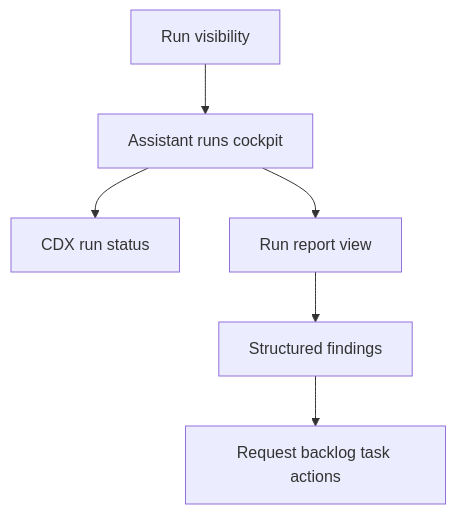
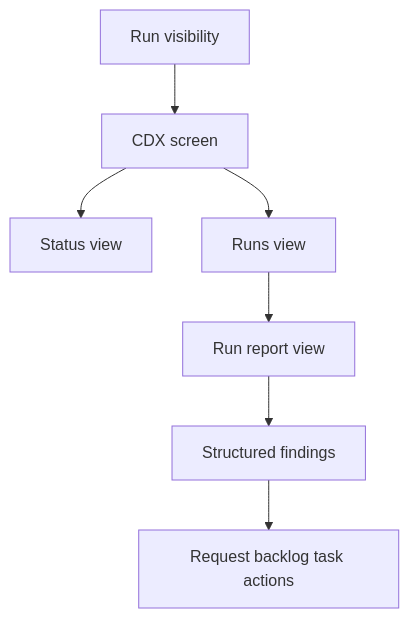
The diagram in logics/request/req_230_add_logics_assistant_runs_cockpit_and_report_to_workflow_actions.md (AlexAgo83/logics-manager), drawn with Mermaid before and after one commit. The commit also changed other lines of this file and 2 other files, not shown here.

Commit message:
Refine CDX runs view placement docs

````diff
--- a/logics/request/req_230_add_logics_assistant_runs_cockpit_and_report_to_workflow_actions.md
+++ b/logics/request/req_230_add_logics_assistant_runs_cockpit_and_report_to_workflow_actions.md
@@ -37,10 +41,11 @@
 ```mermaid
 %% logics-kind: request
-%% logics-signature: request|add-logics-assistant-runs-cockpit-and-re|logics-should-expose-assistant-run-execu|ac1-the-viewer-exposes-an-assistant
+%% logics-signature: request|add-logics-assistant-runs-cockpit-and-re|logics-should-expose-assistant-run-execu|ac1-the-cdx-screen-provides-a
 flowchart TD
-    Need[Run visibility] --> Cockpit[Assistant runs cockpit]
-    Cockpit --> Status[CDX run status]
-    Cockpit --> Report[Run report view]
+    Need[Run visibility] --> CDX[CDX screen]
+    CDX --> Status[Status view]
+    CDX --> Runs[Runs view]
+    Runs --> Report[Run report view]
     Report --> Findings[Structured findings]
     Findings --> Workflow[Request backlog task actions]
 ```
````
